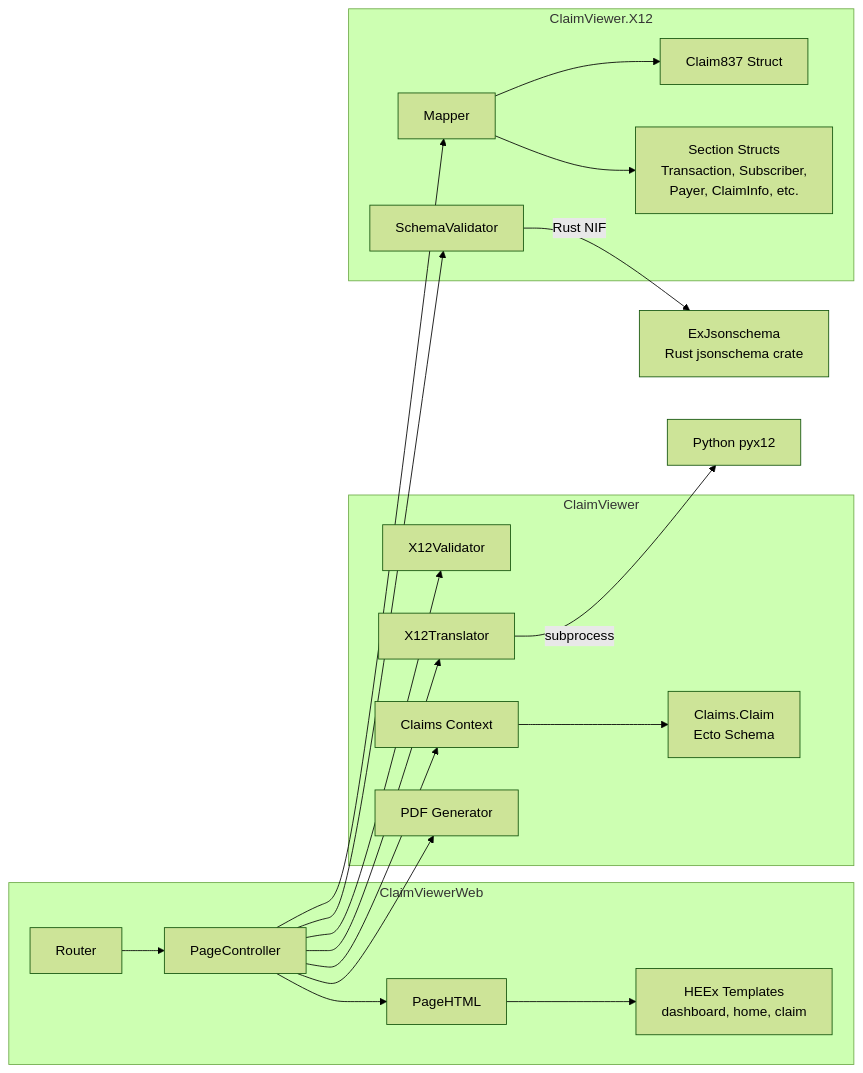
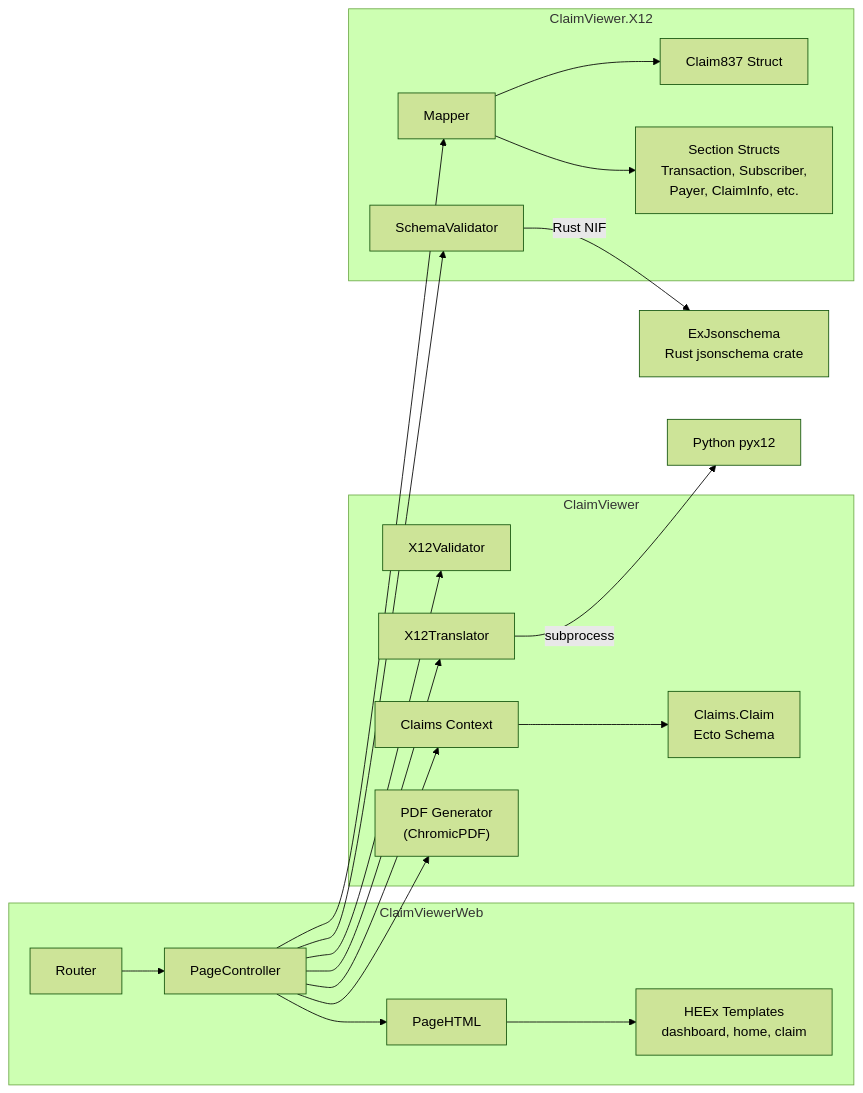
Before and after one commit to nagashi/X12-Claims-Translator-Viewer: the sixth of 6 diagrams in README.md, drawn with Mermaid (forest theme). The commit also changed other lines of this file, not shown here.

````diff
--- a/README.md
+++ b/README.md
@@ -227,35 +227,35 @@
 ```mermaid
 flowchart LR
     subgraph Web["ClaimViewerWeb"]
         Router --> PageController
         PageController --> PageHTML
         PageHTML --> Templates["HEEx Templates<br/>dashboard, home, claim"]
     end
 
     subgraph Core["ClaimViewer"]
         X12Validator
         X12Translator
         Claims["Claims Context"]
         ClaimSchema["Claims.Claim<br/>Ecto Schema"]
-        PDF["PDF Generator"]
+        PDF["PDF Generator<br/>(ChromicPDF)"]
     end
 
     subgraph X12["ClaimViewer.X12"]
         Mapper
         SchemaValidator
         Claim837["Claim837 Struct"]
         Structs["Section Structs<br/>Transaction, Subscriber,<br/>Payer, ClaimInfo, etc."]
     end
 
     PageController --> X12Validator
     PageController --> X12Translator
     PageController --> Mapper
     PageController --> SchemaValidator
     PageController --> Claims
     PageController --> PDF
     Mapper --> Claim837
     Mapper --> Structs
     Claims --> ClaimSchema
     SchemaValidator -->|Rust NIF| ExJsonschema["ExJsonschema<br/>Rust jsonschema crate"]
     X12Translator -->|subprocess| Python["Python pyx12"]
 ```
````
